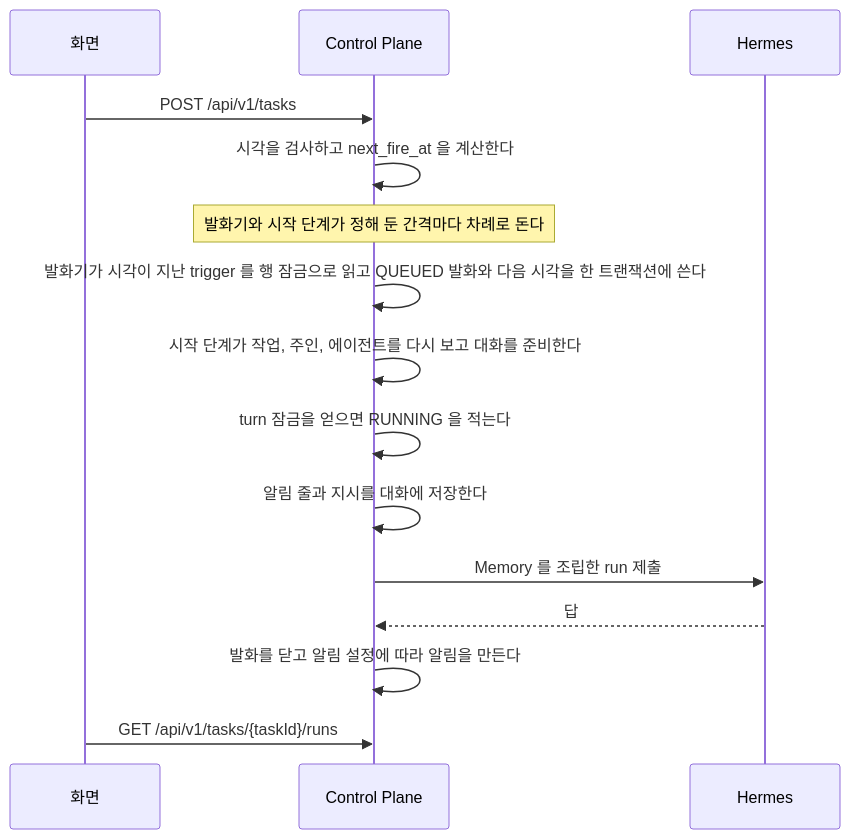
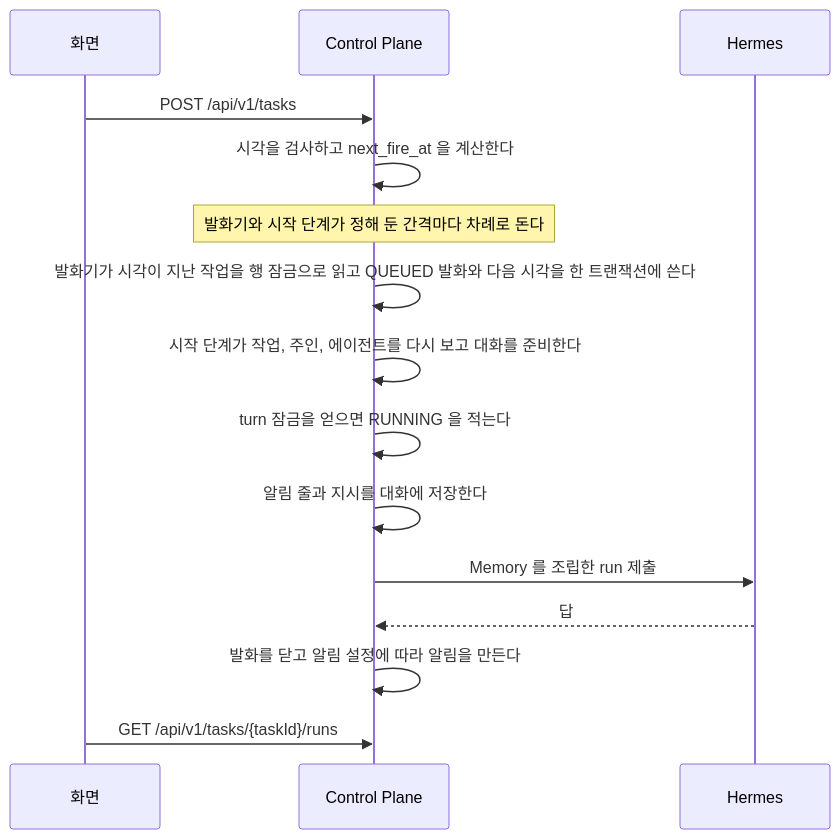
The diagram in docs/features/schedule.md (jon890/fos-assistant), drawn with Mermaid before and after one commit. The commit also changed other lines of this file and 4 other files, not shown here.

````diff
--- a/docs/features/schedule.md
+++ b/docs/features/schedule.md
@@ -39,18 +40,18 @@
 ```mermaid
 sequenceDiagram
     participant W as 화면
     participant C as Control Plane
     participant H as Hermes
 
     W->>C: POST /api/v1/tasks
     C->>C: 시각을 검사하고 next_fire_at 을 계산한다
     Note over C: 발화기와 시작 단계가 정해 둔 간격마다 차례로 돈다
-    C->>C: 발화기가 시각이 지난 trigger 를 행 잠금으로 읽고 QUEUED 발화와 다음 시각을 한 트랜잭션에 쓴다
+    C->>C: 발화기가 시각이 지난 작업을 행 잠금으로 읽고 QUEUED 발화와 다음 시각을 한 트랜잭션에 쓴다
     C->>C: 시작 단계가 작업, 주인, 에이전트를 다시 보고 대화를 준비한다
     C->>C: turn 잠금을 얻으면 RUNNING 을 적는다
     C->>C: 알림 줄과 지시를 대화에 저장한다
     C->>H: Memory 를 조립한 run 제출
     H-->>C: 답
     C->>C: 발화를 닫고 알림 설정에 따라 알림을 만든다
     W->>C: GET /api/v1/tasks/{taskId}/runs
 ```
````
